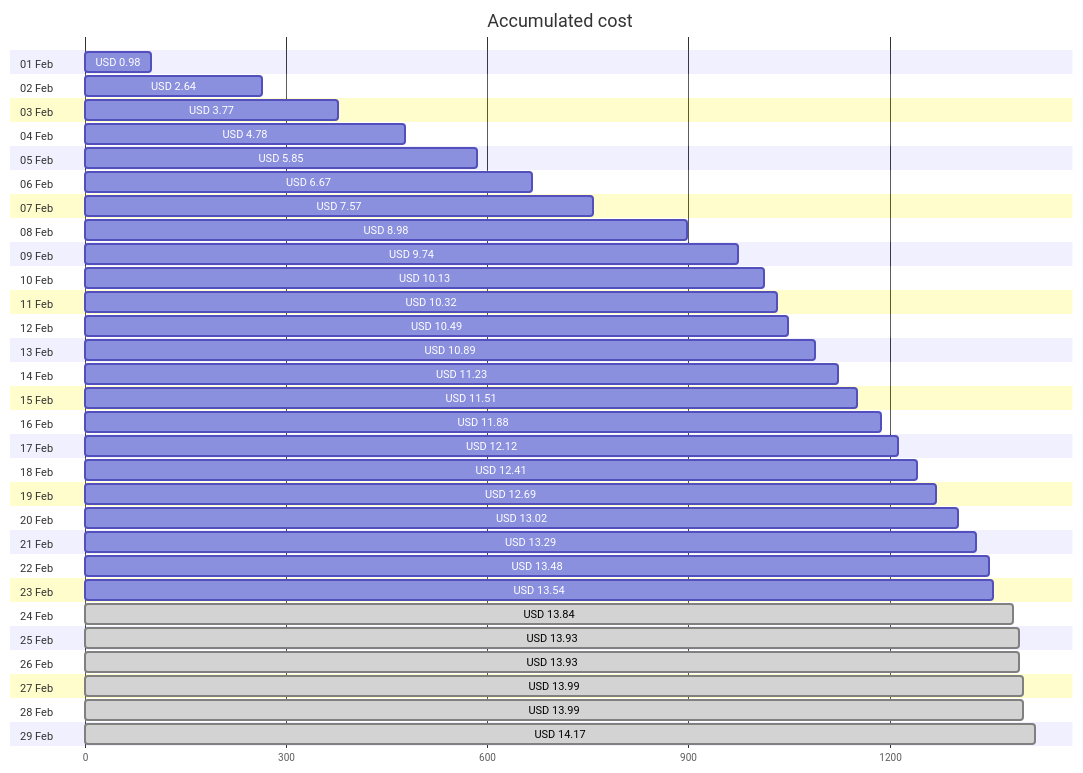
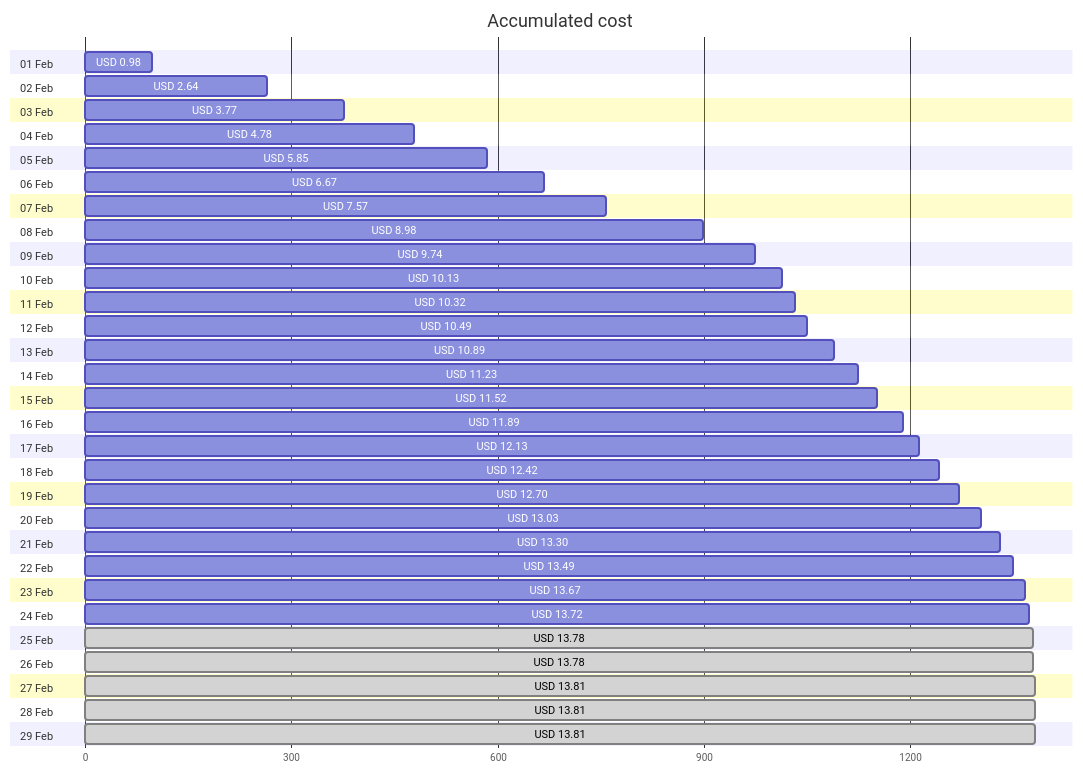
Before and after one commit to jpfulton/azure-personal-reports: the first of 4 diagrams in cost-reports/personal-network/vpn-server.md, drawn with Mermaid. The commit also changed other lines of this file and 8 other files, not shown here.

````diff
--- a/cost-reports/personal-network/vpn-server.md
+++ b/cost-reports/personal-network/vpn-server.md
@@ -20,64 +20,64 @@
 ```mermaid
 gantt
    title Accumulated cost
    dateFormat  X
    axisFormat %s
    section 01 Feb
    USD 0.98 :0, 98
    section 02 Feb
    USD 2.64 :0, 264
    section 03 Feb
    USD 3.77 :0, 377
    section 04 Feb
    USD 4.78 :0, 478
    section 05 Feb
    USD 5.85 :0, 585
    section 06 Feb
    USD 6.67 :0, 667
    section 07 Feb
    USD 7.57 :0, 757
    section 08 Feb
    USD 8.98 :0, 898
    section 09 Feb
    USD 9.74 :0, 974
    section 10 Feb
    USD 10.13 :0, 1013
    section 11 Feb
    USD 10.32 :0, 1032
    section 12 Feb
    USD 10.49 :0, 1049
    section 13 Feb
    USD 10.89 :0, 1089
    section 14 Feb
    USD 11.23 :0, 1123
    section 15 Feb
-   USD 11.51 :0, 1151
+   USD 11.52 :0, 1152
    section 16 Feb
-   USD 11.88 :0, 1188
+   USD 11.89 :0, 1189
    section 17 Feb
-   USD 12.12 :0, 1212
+   USD 12.13 :0, 1213
    section 18 Feb
-   USD 12.41 :0, 1241
+   USD 12.42 :0, 1242
    section 19 Feb
-   USD 12.69 :0, 1269
+   USD 12.70 :0, 1270
    section 20 Feb
-   USD 13.02 :0, 1302
+   USD 13.03 :0, 1303
    section 21 Feb
-   USD 13.29 :0, 1329
+   USD 13.30 :0, 1330
    section 22 Feb
-   USD 13.48 :0, 1348
+   USD 13.49 :0, 1349
    section 23 Feb
-   USD 13.54 :0, 1354
+   USD 13.67 :0, 1367
    section 24 Feb
-   USD 13.84 : done, 0, 1384
+   USD 13.72 :0, 1372
    section 25 Feb
-   USD 13.93 : done, 0, 1393
+   USD 13.78 : done, 0, 1378
    section 26 Feb
-   USD 13.93 : done, 0, 1393
+   USD 13.78 : done, 0, 1378
    section 27 Feb
-   USD 13.99 : done, 0, 1399
+   USD 13.81 : done, 0, 1381
    section 28 Feb
-   USD 13.99 : done, 0, 1399
+   USD 13.81 : done, 0, 1381
    section 29 Feb
-   USD 14.17 : done, 0, 1417
+   USD 13.81 : done, 0, 1381
 ```
````
